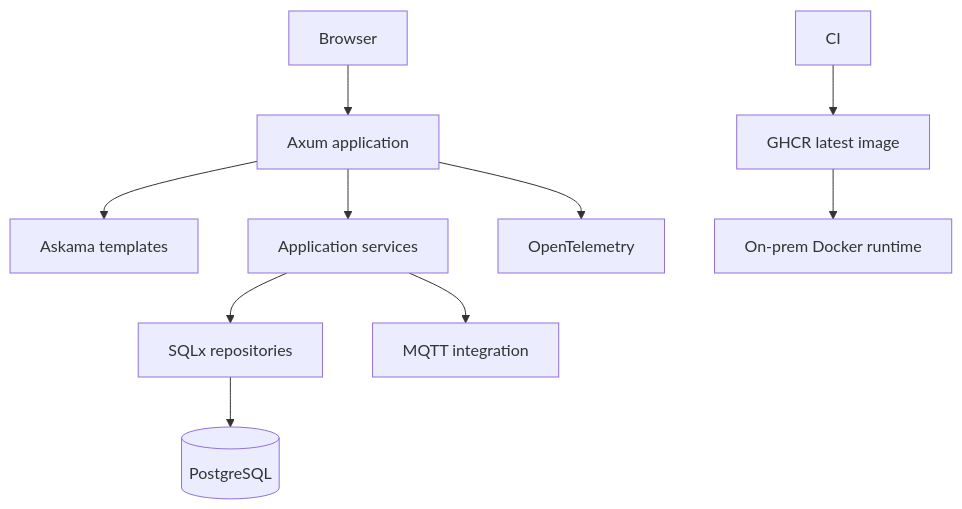
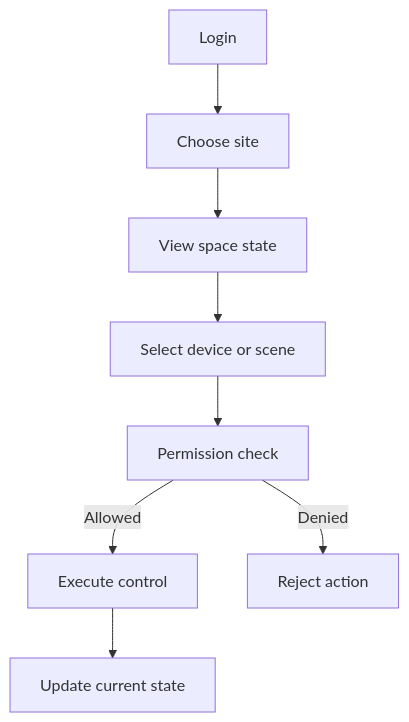
The second of 3 diagrams in frontend/content/projects/sensio-iot.md (farismnrr/portofolio), drawn with Mermaid before and after one commit. The commit also changed other lines of this file and 6 other files, not shown here.

````diff
--- a/frontend/content/projects/sensio-iot.md
+++ b/frontend/content/projects/sensio-iot.md
@@ -41,12 +78,10 @@
 ```mermaid
 flowchart TD
-    B[Browser] --> A[Axum application]
-    A --> H[Askama templates]
-    A --> S[Application services]
-    S --> R[SQLx repositories]
-    R --> P[(PostgreSQL)]
-    S --> M[MQTT integration]
-    A --> O[OpenTelemetry]
-    C[CI] --> I[GHCR latest image]
-    I --> D[On-prem Docker runtime]
+    L[Login] --> S[Choose site]
+    S --> V[View space state]
+    V --> A[Select device or scene]
+    A --> P[Permission check]
+    P -->|Allowed| C[Execute control]
+    P -->|Denied| D[Reject action]
+    C --> U[Update current state]
 ```
````
